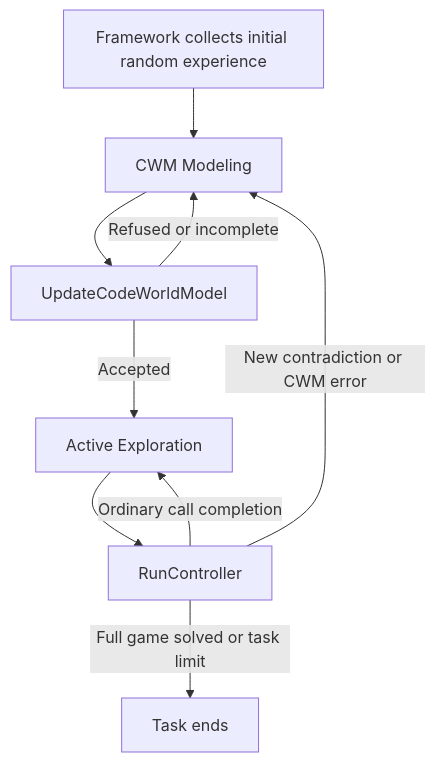
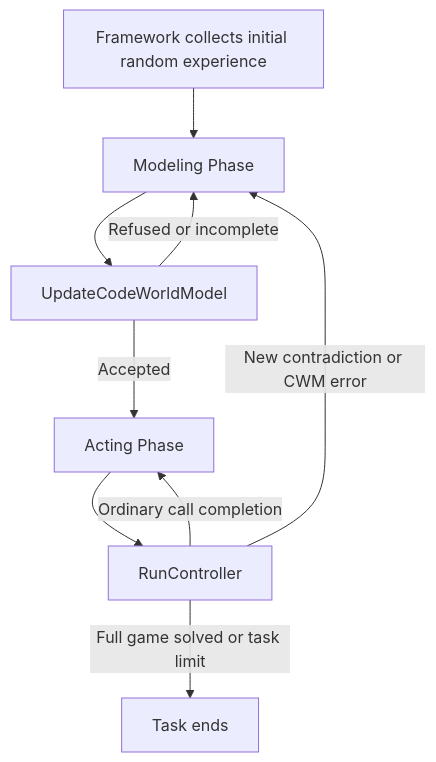
The diagram in docs/cwm.md (ramosleandre/regact), drawn with Mermaid before and after one commit. The commit also changed other lines of this file and 39 other files, not shown here.

````diff
--- a/docs/cwm.md
+++ b/docs/cwm.md
@@ -9,11 +9,11 @@
 ```mermaid
 flowchart TD
-    A[Framework collects initial random experience] --> B[CWM Modeling]
+    A[Framework collects initial random experience] --> B[Modeling Phase]
     B --> C[UpdateCodeWorldModel]
     C -->|Refused or incomplete| B
-    C -->|Accepted| D[Active Exploration]
+    C -->|Accepted| D[Acting Phase]
     D --> E[RunController]
     E -->|New contradiction or CWM error| B
     E -->|Ordinary call completion| D
     E -->|Full game solved or task limit| F[Task ends]
 ```
````
